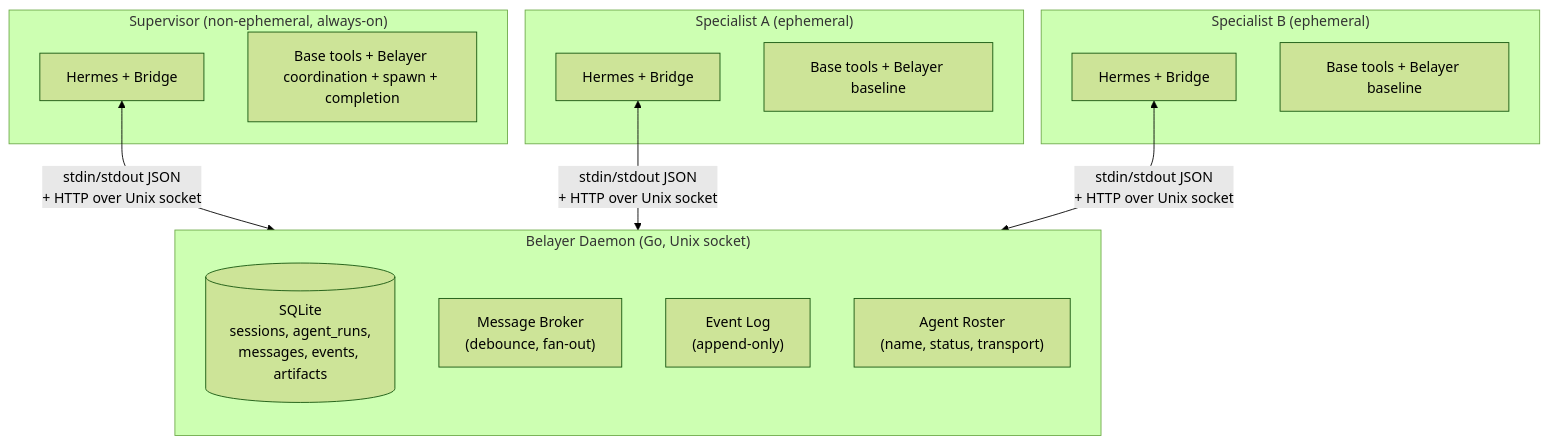
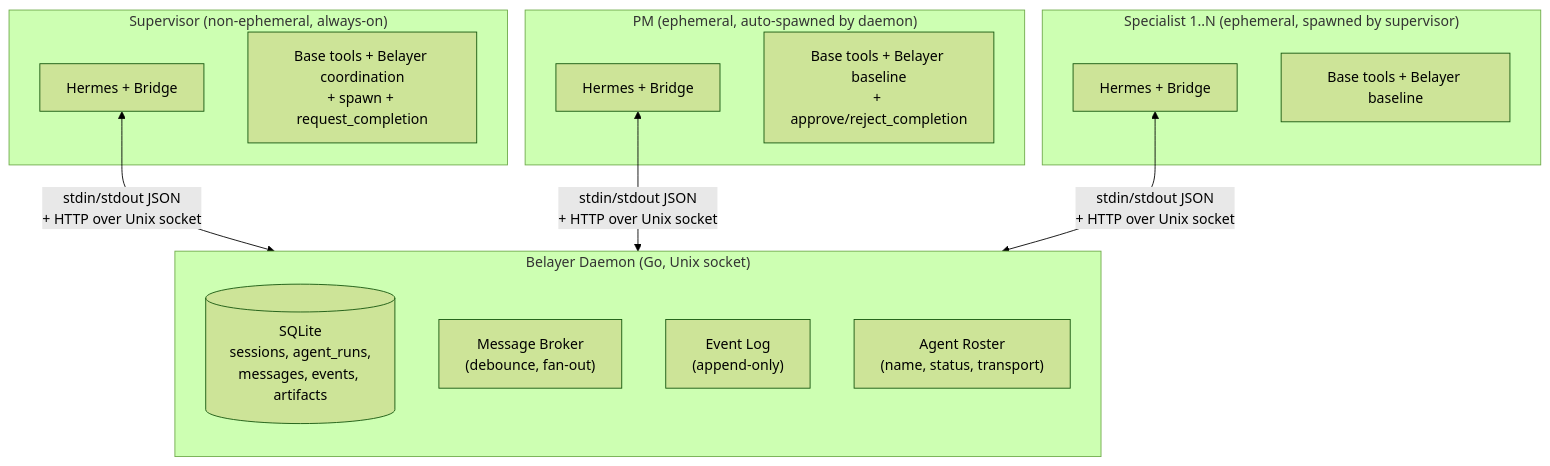
Before and after one commit to donovan-yohan/belayer: the second of 11 diagrams in docs/AGENT_ARCHITECTURE.md, drawn with Mermaid (forest theme). The commit also changed other lines of this file, not shown here.

Commit message:
docs: clarify mandatory agents in session bus diagram
Update the daemon diagram to show the two mandatory agents (supervisor
and PM) explicitly, with specialists shown as 1..N dynamic. Add context
explaining the supervisor-first spawn order and PM auto-spawn mechanism.

````diff
--- a/docs/AGENT_ARCHITECTURE.md
+++ b/docs/AGENT_ARCHITECTURE.md
@@ -80,29 +82,29 @@
 ```mermaid
 flowchart TB
     subgraph daemon["Belayer Daemon (Go, Unix socket)"]
         direction TB
         store[("SQLite\nsessions, agent_runs,\nmessages, events, artifacts")]
         broker["Message Broker\n(debounce, fan-out)"]
         events["Event Log\n(append-only)"]
         roster["Agent Roster\n(name, status, transport)"]
     end
 
     subgraph supervisor_box["Supervisor (non-ephemeral, always-on)"]
         supervisor_hermes["Hermes + Bridge"]
-        supervisor_tools["Base tools + Belayer coordination + spawn + completion"]
+        supervisor_tools["Base tools + Belayer coordination\n+ spawn + request_completion"]
     end
 
-    subgraph spec_a["Specialist A (ephemeral)"]
-        spec_a_hermes["Hermes + Bridge"]
-        spec_a_tools["Base tools + Belayer baseline"]
+    subgraph pm_box["PM (ephemeral, auto-spawned by daemon)"]
+        pm_hermes["Hermes + Bridge"]
+        pm_tools["Base tools + Belayer baseline\n+ approve/reject_completion"]
     end
 
-    subgraph spec_b["Specialist B (ephemeral)"]
-        spec_b_hermes["Hermes + Bridge"]
-        spec_b_tools["Base tools + Belayer baseline"]
+    subgraph specialists["Specialist 1..N (ephemeral, spawned by supervisor)"]
+        spec_hermes["Hermes + Bridge"]
+        spec_tools["Base tools + Belayer baseline"]
     end
 
     supervisor_hermes <-->|"stdin/stdout JSON\n+ HTTP over Unix socket"| daemon
-    spec_a_hermes <-->|"stdin/stdout JSON\n+ HTTP over Unix socket"| daemon
-    spec_b_hermes <-->|"stdin/stdout JSON\n+ HTTP over Unix socket"| daemon
+    pm_hermes <-->|"stdin/stdout JSON\n+ HTTP over Unix socket"| daemon
+    spec_hermes <-->|"stdin/stdout JSON\n+ HTTP over Unix socket"| daemon
 ```
````
